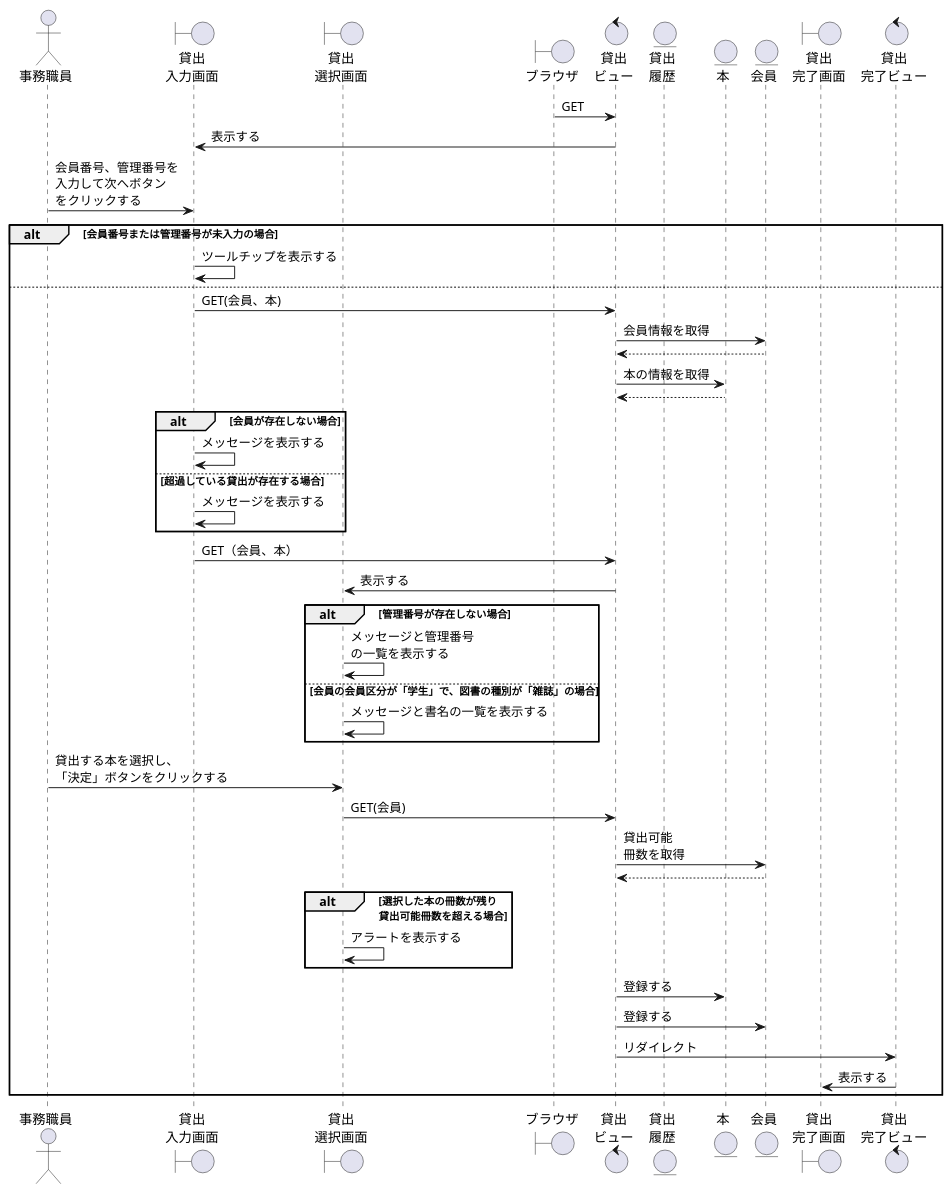
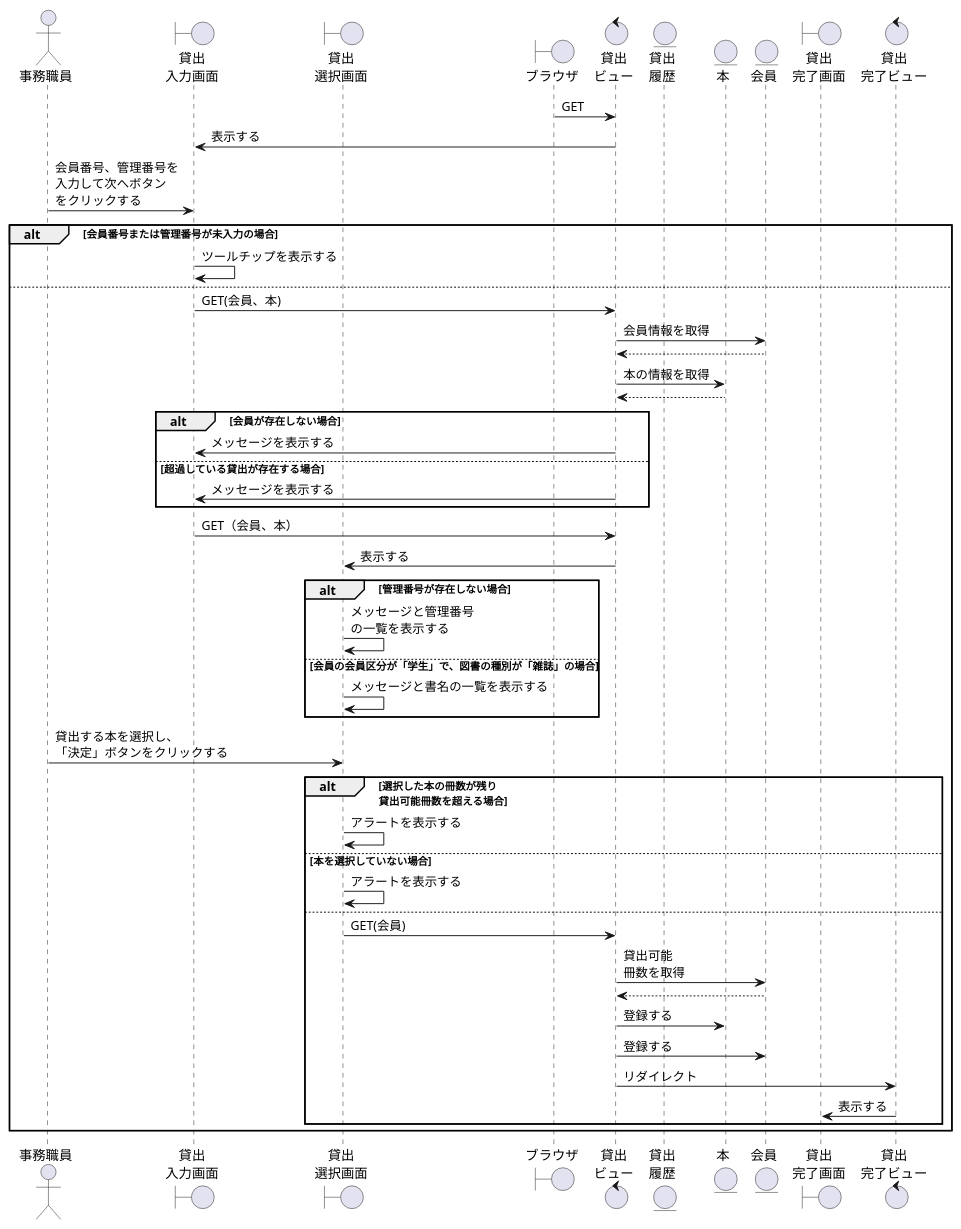
The diagram in 効果測定/貸出.wsd (ysyk-wtnb16/team_D), drawn with PlantUML before and after one commit. The commit also changed 1 other file, not shown here.

```diff
--- a/効果測定/貸出.wsd
+++ b/効果測定/貸出.wsd
@@ -1,50 +1,53 @@
 @startuml KD
  
 actor "事務職員" as staff
 boundary "貸出\n入力画面" as KDIns
 boundary "貸出\n選択画面" as KDSelects
 boundary "ブラウザ" as brz
 control "貸出\nビュー" as KDv
 entity "貸出\n履歴" as KDR
 entity "本" as book
 entity "会員" as member
 boundary "貸出\n完了画面" as KDOKs
 control "貸出\n完了ビュー" as KDOKv
  
 brz -> KDv:GET
 KDIns <- KDv:表示する
 staff -> KDIns: 会員番号、管理番号を\n入力して次へボタン\nをクリックする
 alt 会員番号または管理番号が未入力の場合
     KDIns -> KDIns: ツールチップを表示する
 else
     KDIns -> KDv: GET(会員、本)
     KDv -> member: 会員情報を取得
     KDv <-- member
     KDv -> book: 本の情報を取得
     KDv <-- book
     alt 会員が存在しない場合
-        KDIns -> KDIns: メッセージを表示する
+        KDv -> KDIns: メッセージを表示する
     else 超過している貸出が存在する場合
-        KDIns -> KDIns:メッセージを表示する
+        KDv -> KDIns:メッセージを表示する
     end
     KDIns -> KDv:GET（会員、本）
     KDSelects <- KDv:表示する
     alt 管理番号が存在しない場合
         KDSelects -> KDSelects: メッセージと管理番号\nの一覧を表示する
     else 会員の会員区分が「学生」で、図書の種別が「雑誌」の場合
         KDSelects -> KDSelects: メッセージと書名の一覧を表示する
     end
     staff -> KDSelects:貸出する本を選択し、\n「決定」ボタンをクリックする
+    alt 選択した本の冊数が残り\n貸出可能冊数を超える場合
+        KDSelects -> KDSelects:アラートを表示する
+    else 本を選択していない場合
+        KDSelects -> KDSelects:アラートを表示する
+    else
     KDSelects -> KDv:GET(会員)
     KDv -> member:貸出可能\n冊数を取得
     KDv <-- member:
-    alt 選択した本の冊数が残り\n貸出可能冊数を超える場合
-        KDSelects -> KDSelects:アラートを表示する
-    end
     KDv -> book:登録する
     KDv -> member:登録する
     KDv -> KDOKv:リダイレクト
     KDOKs <-KDOKv:表示する
+    end
 end
  
 @enduml
```
